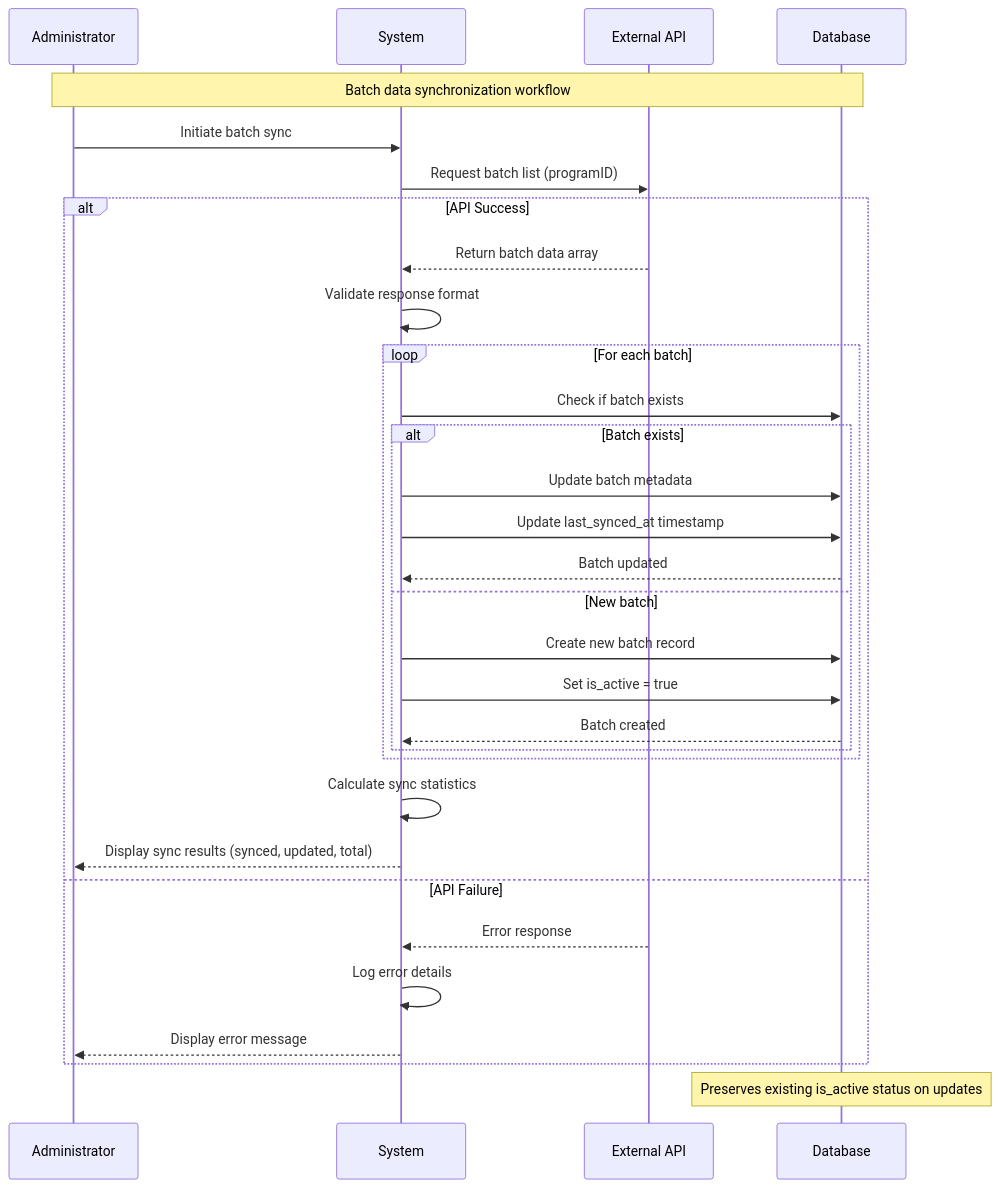
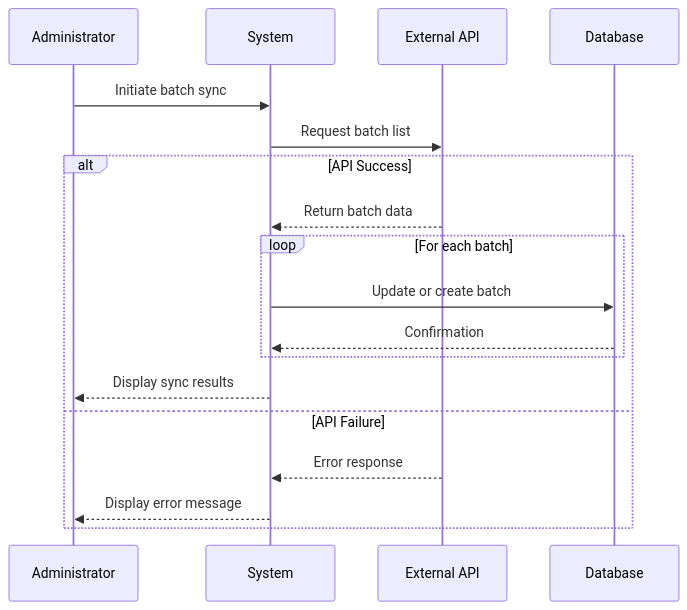
One commit to abdullah2323442/thesisrepo-backup changed diagram 30 of 36 in sequence-academic.md. Above: the diagram before and after it, drawn with Mermaid. The commit also changed other lines of this file, not shown here.

Commit message:
update sequence academic md

````diff
--- a/sequence-academic.md
+++ b/sequence-academic.md
@@ -1054,40 +1054,24 @@
 ```mermaid
 sequenceDiagram
     participant Administrator
     participant System
     participant External API
     participant Database
 
-    Note over Administrator,Database: Batch data synchronization workflow
-    
     Administrator->>System: Initiate batch sync
-    System->>External API: Request batch list (programID)
+    System->>External API: Request batch list
     
     alt API Success
-        External API-->>System: Return batch data array
-        System->>System: Validate response format
+        External API-->>System: Return batch data
         
         loop For each batch
-            System->>Database: Check if batch exists
-            
-            alt Batch exists
-                System->>Database: Update batch metadata
-                System->>Database: Update last_synced_at timestamp
-                Database-->>System: Batch updated
-            else New batch
-                System->>Database: Create new batch record
-                System->>Database: Set is_active = true
-                Database-->>System: Batch created
-            end
+            System->>Database: Update or create batch
+            Database-->>System: Confirmation
         end
         
-        System->>System: Calculate sync statistics
-        System-->>Administrator: Display sync results (synced, updated, total)
+        System-->>Administrator: Display sync results
     else API Failure
         External API-->>System: Error response
-        System->>System: Log error details
         System-->>Administrator: Display error message
     end
-    
-    Note over Database: Preserves existing is_active status on updates
 ```
````
